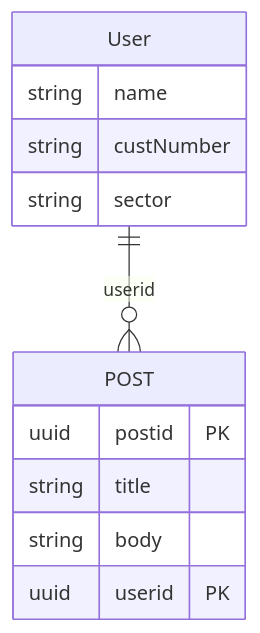
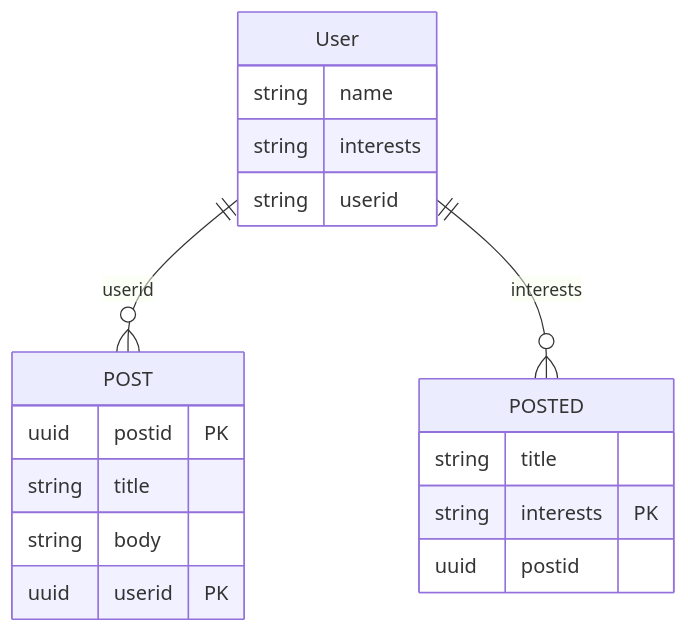
One commit to cherrybll17253/Travel-Front changed the diagram in README.md. Above: the diagram before and after it, drawn with Mermaid. The commit also changed 1 other file, not shown here.

Commit message:
wrote ERdiagram schema in README.md

````diff
--- a/README.md
+++ b/README.md
@@ -1,16 +1,22 @@
 ```mermaid
 
 erDiagram
     User ||--o{ POST : userid
     User {
         string name
-        string custNumber
-        string sector
+        string interests
+        string userid
+    }
+    User ||--o{ POSTED : interests
+    POSTED {
+        string title
+        string interests PK
+        uuid postid
     }
     POST {
         uuid postid PK
         string title
         string body
         uuid userid PK
     }
 ```
````
